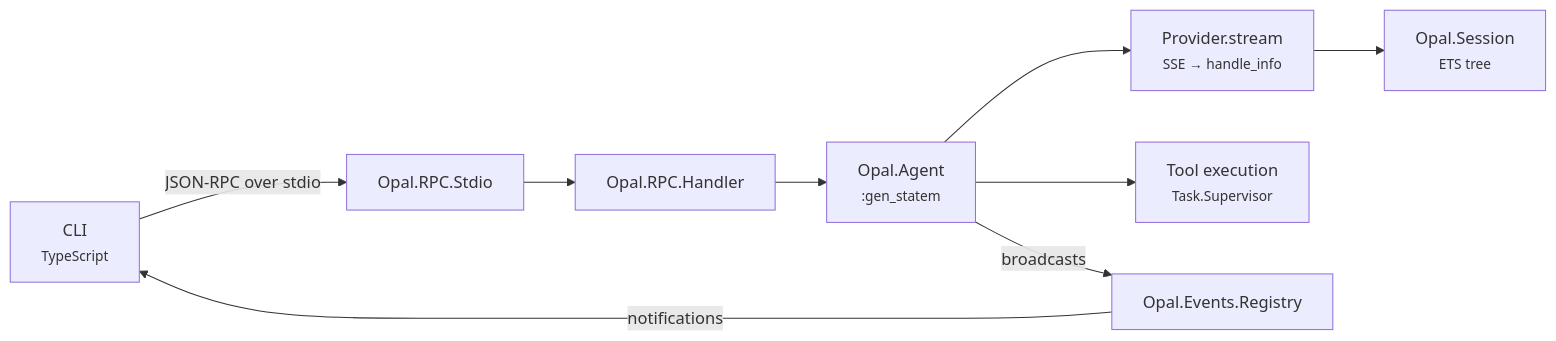
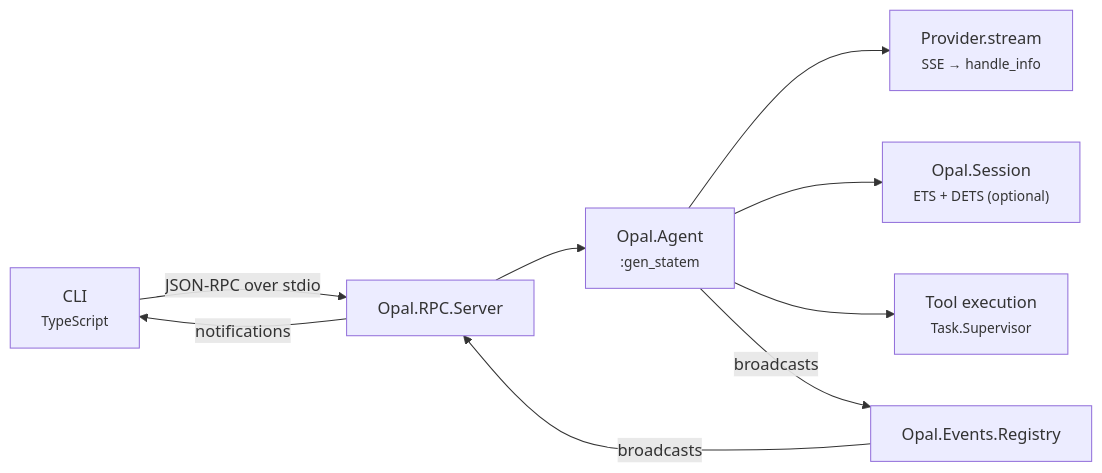
Before and after one commit to matteing/opal: the second of 2 diagrams in docs/index.md, drawn with Mermaid. The commit also changed other lines of this file and 37 other files, not shown here.

````diff
--- a/docs/index.md
+++ b/docs/index.md
@@ -34,17 +34,18 @@
 ```mermaid
 graph LR
     CLI["CLI<br/><small>TypeScript</small>"]
-    Stdio["Opal.RPC.Stdio"]
-    Handler["Opal.RPC.Handler"]
+    RPC["Opal.RPC.Server"]
     Agent["Opal.Agent<br/><small>:gen_statem</small>"]
     Provider["Provider.stream<br/><small>SSE → handle_info</small>"]
     Tools["Tool execution<br/><small>Task.Supervisor</small>"]
-    Session["Opal.Session<br/><small>ETS tree</small>"]
+    Session["Opal.Session<br/><small>ETS + DETS (optional)</small>"]
     Events["Opal.Events.Registry"]
 
-    CLI -- "JSON-RPC over stdio" --> Stdio --> Handler --> Agent
-    Agent --> Provider --> Session
+    CLI -- "JSON-RPC over stdio" --> RPC --> Agent
+    Agent --> Provider
+    Agent --> Session
     Agent --> Tools
-    Events -- "notifications" --> CLI
+    Events -- "broadcasts" --> RPC
+    RPC -- "notifications" --> CLI
     Agent -- "broadcasts" --> Events
 ```
````
